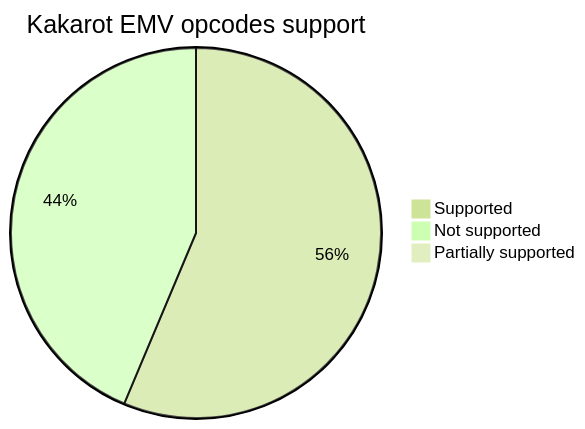
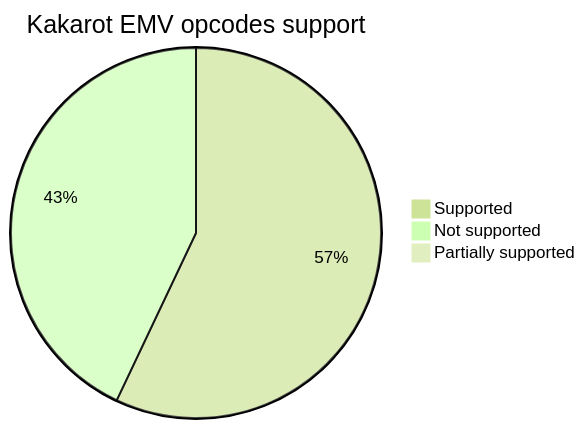
Before and after one commit to kkrt-labs/kakarot: the first of 2 diagrams in README.md, drawn with Mermaid. The commit also changed 5 other files, not shown here.

````diff
--- a/README.md
+++ b/README.md
@@ -39,7 +39,7 @@
 ```mermaid
 %%{init: {'theme': 'forest', 'themeVariables': { 'darkMode': 'false'}}}%%
 pie title Kakarot EMV opcodes support
-    "Supported" : 80
-    "Not supported" : 62
+    "Supported" : 81
+    "Not supported" : 61
     "Partially supported" : 0
 ```
````
